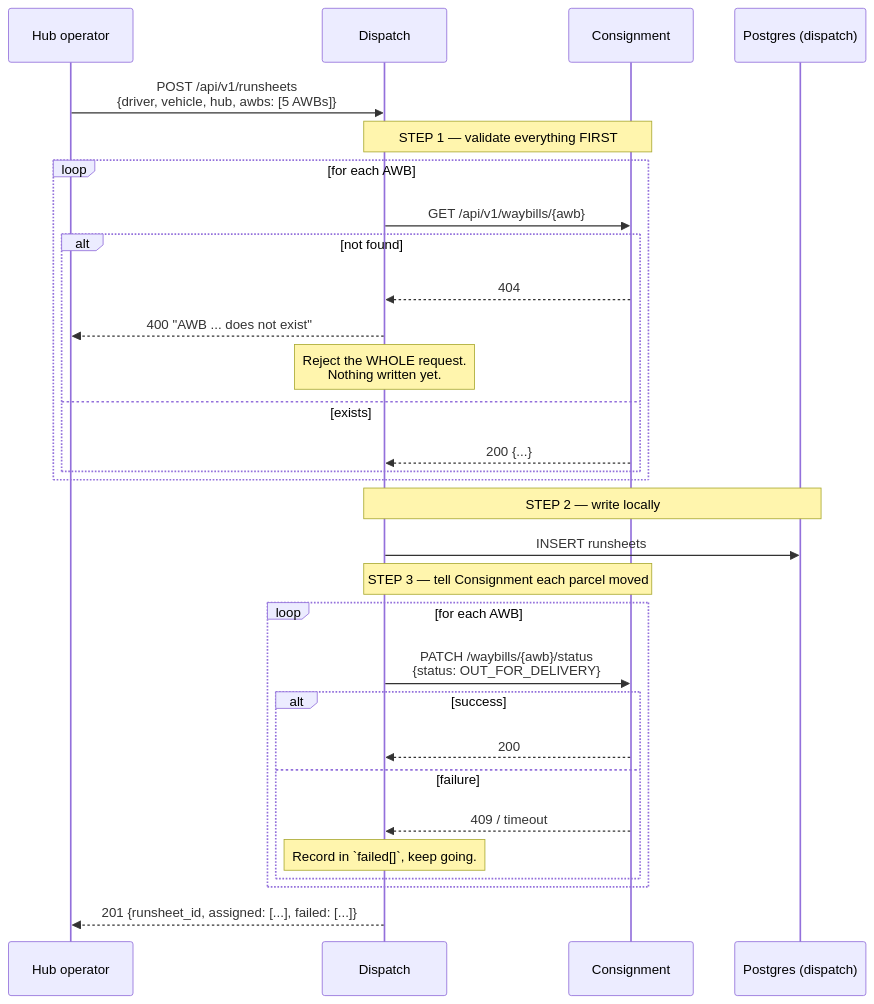
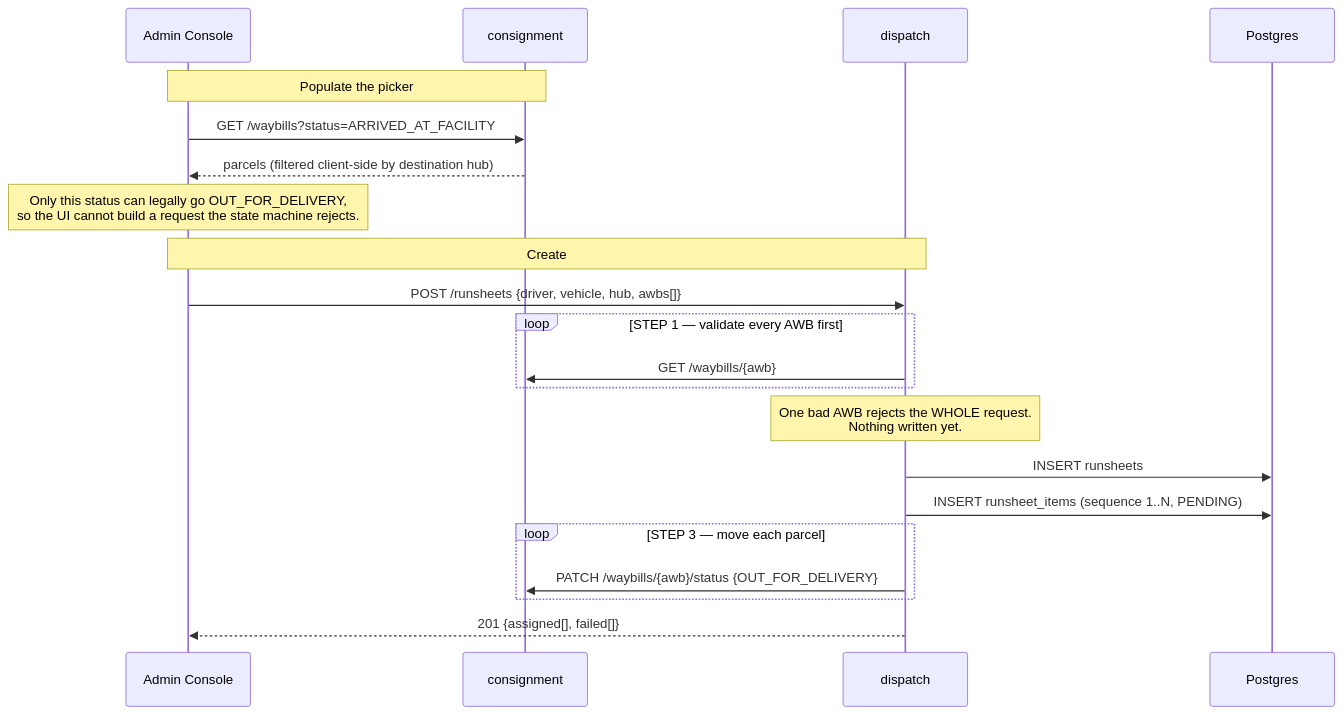
The seventh of 10 diagrams in docs/FleetPulse-Architecture.md (shashu775/fleetpulse), drawn with Mermaid before and after one commit. The commit also changed other lines of this file and 40 other files, not shown here.

````diff
--- a/docs/FleetPulse-Architecture.md
+++ b/docs/FleetPulse-Architecture.md
@@ -258,37 +298,29 @@
 ```mermaid
 sequenceDiagram
-    participant O as Hub operator
-    participant D as Dispatch
-    participant C as Consignment
-    participant PD as Postgres (dispatch)
+    participant A as Admin Console
+    participant CS as consignment
+    participant DS as dispatch
+    participant PD as Postgres
 
-    O->>D: POST /api/v1/runsheets<br/>{driver, vehicle, hub, awbs: [5 AWBs]}
+    Note over A,CS: Populate the picker
+    A->>CS: GET /waybills?status=ARRIVED_AT_FACILITY
+    CS-->>A: parcels (filtered client-side by destination hub)
+    Note over A: Only this status can legally go OUT_FOR_DELIVERY,<br/>so the UI cannot build a request the state machine rejects.
 
-    Note over D,C: STEP 1 — validate everything FIRST
-    loop for each AWB
-        D->>C: GET /api/v1/waybills/{awb}
-        alt not found
-            C-->>D: 404
-            D-->>O: 400 "AWB ... does not exist"
-            Note over D: Reject the WHOLE request.<br/>Nothing written yet.
-        else exists
-            C-->>D: 200 {...}
-        end
+    Note over A,DS: Create
+    A->>DS: POST /runsheets {driver, vehicle, hub, awbs[]}
+
+    loop STEP 1 — validate every AWB first
+        DS->>CS: GET /waybills/{awb}
+    end
+    Note over DS: One bad AWB rejects the WHOLE request.<br/>Nothing written yet.
+
+    DS->>PD: INSERT runsheets
+    DS->>PD: INSERT runsheet_items (sequence 1..N, PENDING)
+
+    loop STEP 3 — move each parcel
+        DS->>CS: PATCH /waybills/{awb}/status {OUT_FOR_DELIVERY}
     end
 
-    Note over D,PD: STEP 2 — write locally
-    D->>PD: INSERT runsheets
-
-    Note over D,C: STEP 3 — tell Consignment each parcel moved
-    loop for each AWB
-        D->>C: PATCH /waybills/{awb}/status<br/>{status: OUT_FOR_DELIVERY}
-        alt success
-            C-->>D: 200
-        else failure
-            C-->>D: 409 / timeout
-            Note over D: Record in `failed[]`, keep going.
-        end
-    end
-
-    D-->>O: 201 {runsheet_id, assigned: [...], failed: [...]}
+    DS-->>A: 201 {assigned[], failed[]}
 ```
````
